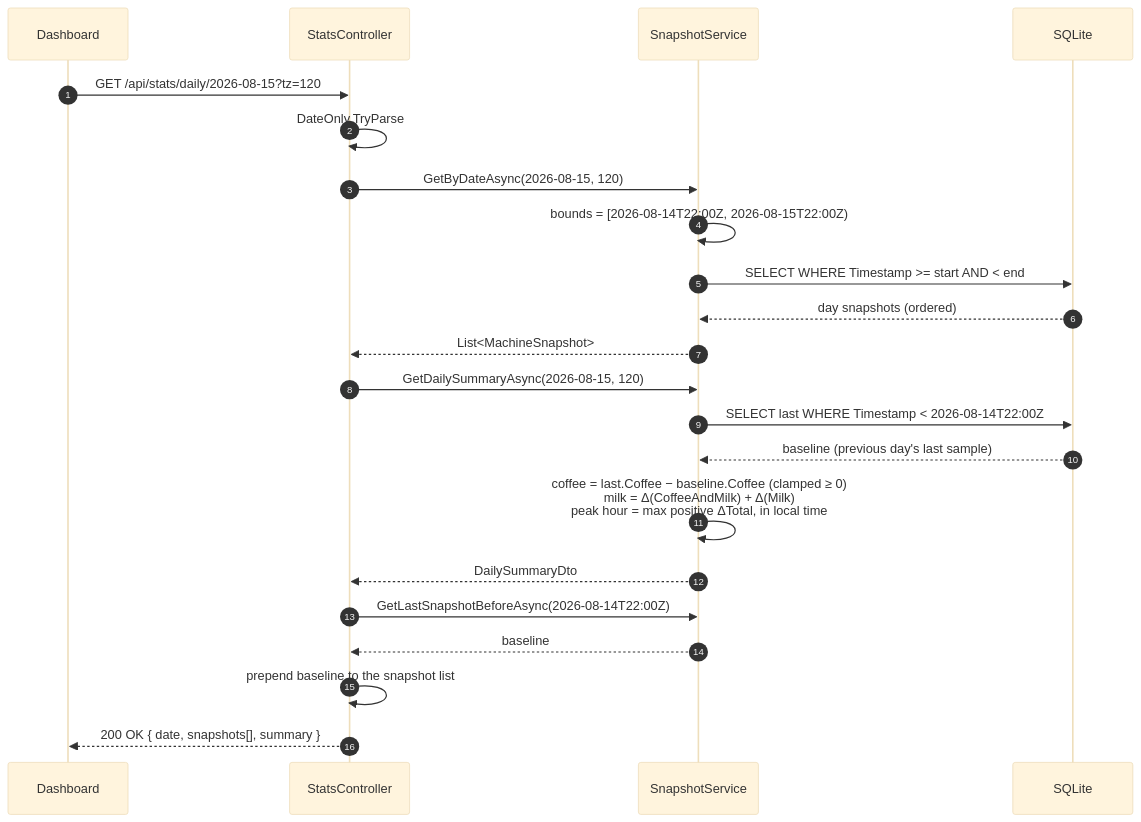
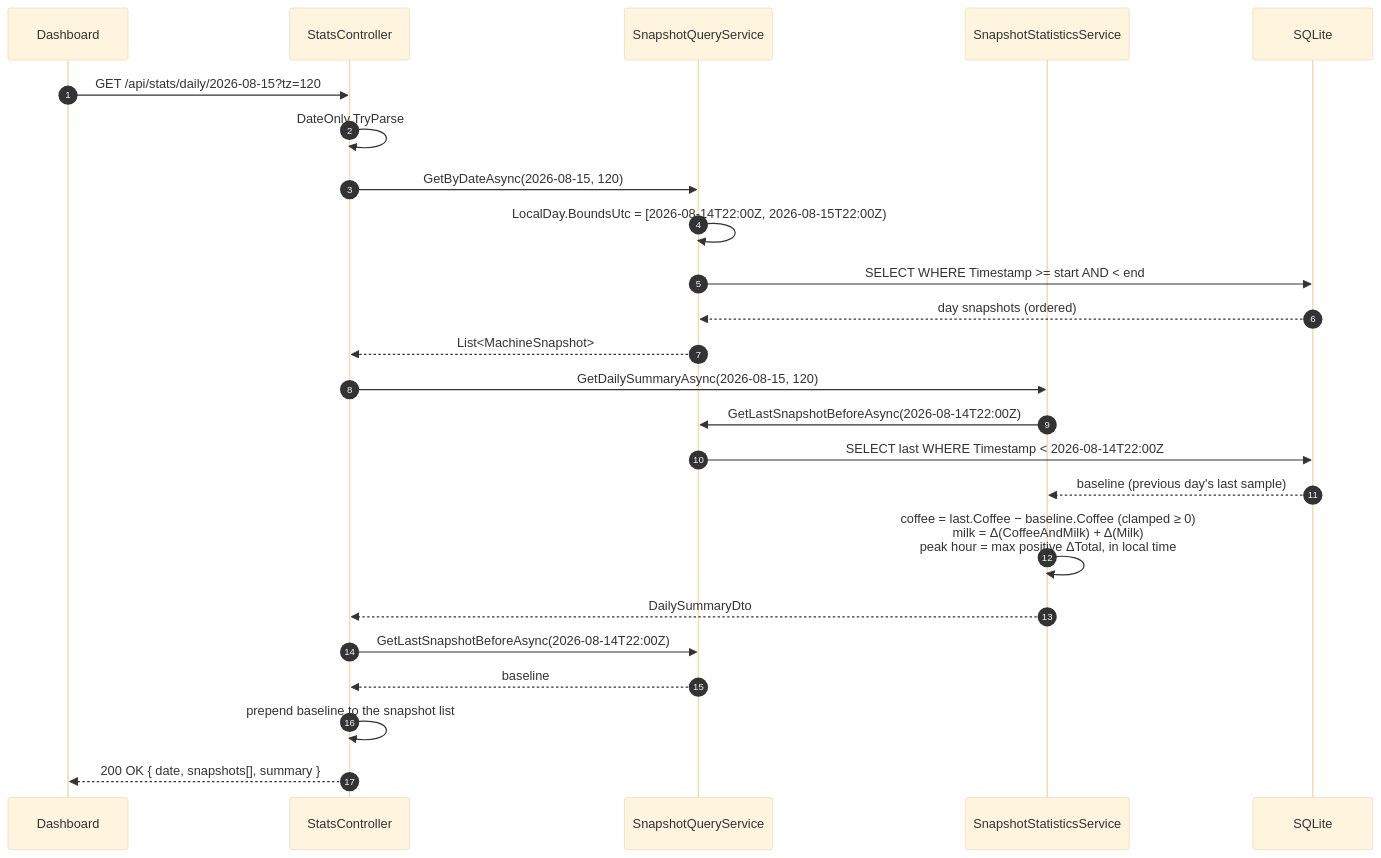
The third of 7 diagrams in doc/arc42/06-runtime.md (Gereon93/coffee), drawn with Mermaid (base theme) before and after one commit. The commit also changed other lines of this file and 34 other files, not shown here.

First line of the commit message:
refactor(api): SnapshotService in vier Verantwortlichkeiten schneiden (TD-12/13/14) (#44)

````diff
--- a/doc/arc42/06-runtime.md
+++ b/doc/arc42/06-runtime.md
@@ -63,27 +63,29 @@
 ```mermaid
 sequenceDiagram
     autonumber
     participant D as Dashboard
     participant C as StatsController
-    participant S as SnapshotService
+    participant Q as SnapshotQueryService
+    participant S as SnapshotStatisticsService
     participant DB as SQLite
 
     D->>C: GET /api/stats/daily/2026-08-15?tz=120
     C->>C: DateOnly.TryParse
-    C->>S: GetByDateAsync(2026-08-15, 120)
-    S->>S: bounds = [2026-08-14T22:00Z, 2026-08-15T22:00Z)
-    S->>DB: SELECT WHERE Timestamp >= start AND < end
-    DB-->>S: day snapshots (ordered)
-    S-->>C: List<MachineSnapshot>
+    C->>Q: GetByDateAsync(2026-08-15, 120)
+    Q->>Q: LocalDay.BoundsUtc = [2026-08-14T22:00Z, 2026-08-15T22:00Z)
+    Q->>DB: SELECT WHERE Timestamp >= start AND < end
+    DB-->>Q: day snapshots (ordered)
+    Q-->>C: List<MachineSnapshot>
 
     C->>S: GetDailySummaryAsync(2026-08-15, 120)
-    S->>DB: SELECT last WHERE Timestamp < 2026-08-14T22:00Z
+    S->>Q: GetLastSnapshotBeforeAsync(2026-08-14T22:00Z)
+    Q->>DB: SELECT last WHERE Timestamp < 2026-08-14T22:00Z
     DB-->>S: baseline (previous day's last sample)
     S->>S: coffee = last.Coffee − baseline.Coffee (clamped ≥ 0)<br/>milk = Δ(CoffeeAndMilk) + Δ(Milk)<br/>peak hour = max positive ΔTotal, in local time
     S-->>C: DailySummaryDto
 
-    C->>S: GetLastSnapshotBeforeAsync(2026-08-14T22:00Z)
-    S-->>C: baseline
+    C->>Q: GetLastSnapshotBeforeAsync(2026-08-14T22:00Z)
+    Q-->>C: baseline
     C->>C: prepend baseline to the snapshot list
     C-->>D: 200 OK { date, snapshots[], summary }
 ```
````
